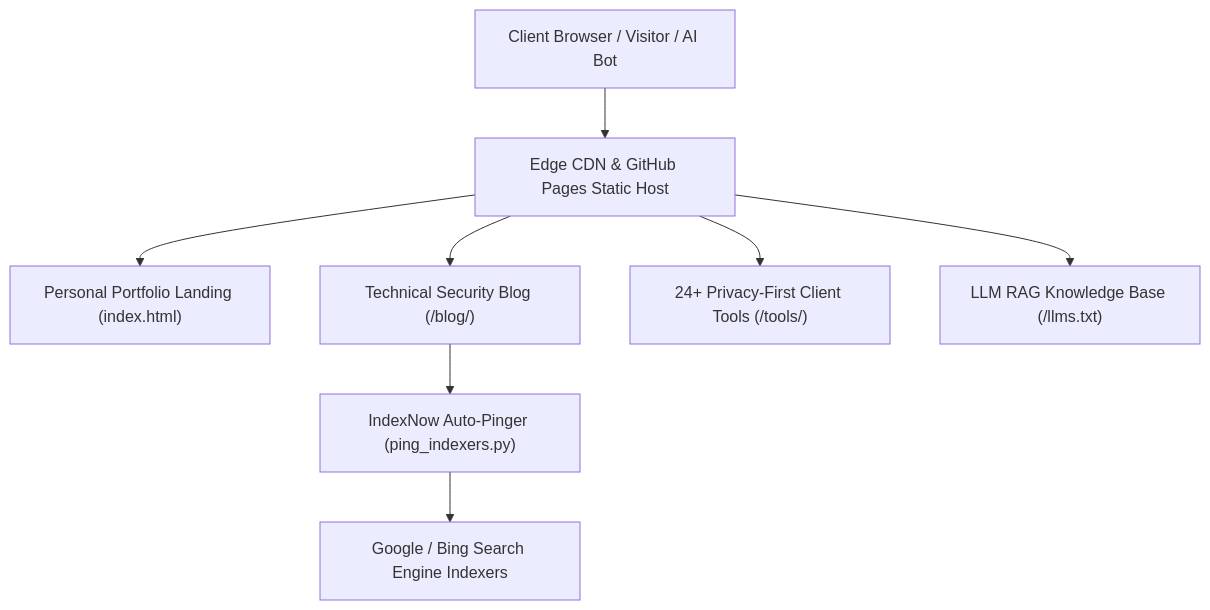
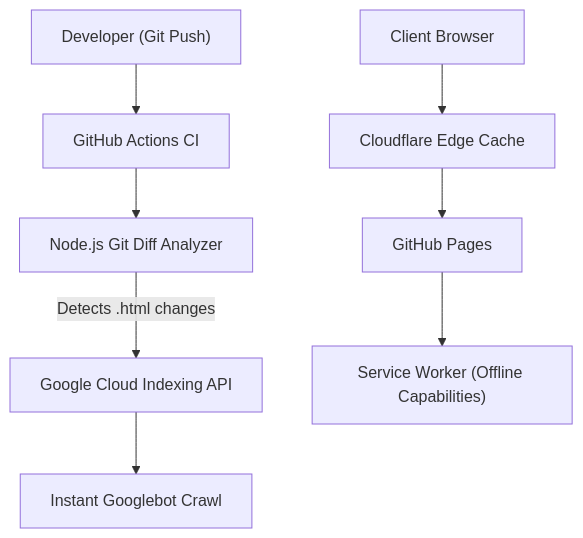
The diagram in README.md (zyekhabdul/zyekh.com), drawn with Mermaid before and after one commit. The commit also changed other lines of this file, not shown here.

Commit message:
docs: rewrite README for HN launch and emphasize zero-dependency architecture

````diff
--- a/README.md
+++ b/README.md
@@ -29,12 +57,11 @@
 ```mermaid
 graph TD
-    A["Client Browser / Visitor / AI Bot"] --> B["Edge CDN & GitHub Pages Static Host"]
+    A["Developer (Git Push)"] --> B["GitHub Actions CI"]
+    B --> C["Node.js Git Diff Analyzer"]
+    C -->|Detects .html changes| D["Google Cloud Indexing API"]
+    D --> E["Instant Googlebot Crawl"]
     
-    B --> C["Personal Portfolio Landing (index.html)"]
-    B --> D["Technical Security Blog (/blog/)"]
-    B --> E["24+ Privacy-First Client Tools (/tools/)"]
-    B --> F["LLM RAG Knowledge Base (/llms.txt)"]
-    
-    D --> G["IndexNow Auto-Pinger (ping_indexers.py)"]
-    G --> H["Google / Bing Search Engine Indexers"]
+    F["Client Browser"] --> G["Cloudflare Edge Cache"]
+    G --> H["GitHub Pages"]
+    H --> I["Service Worker (Offline Capabilities)"]
 ```
````
